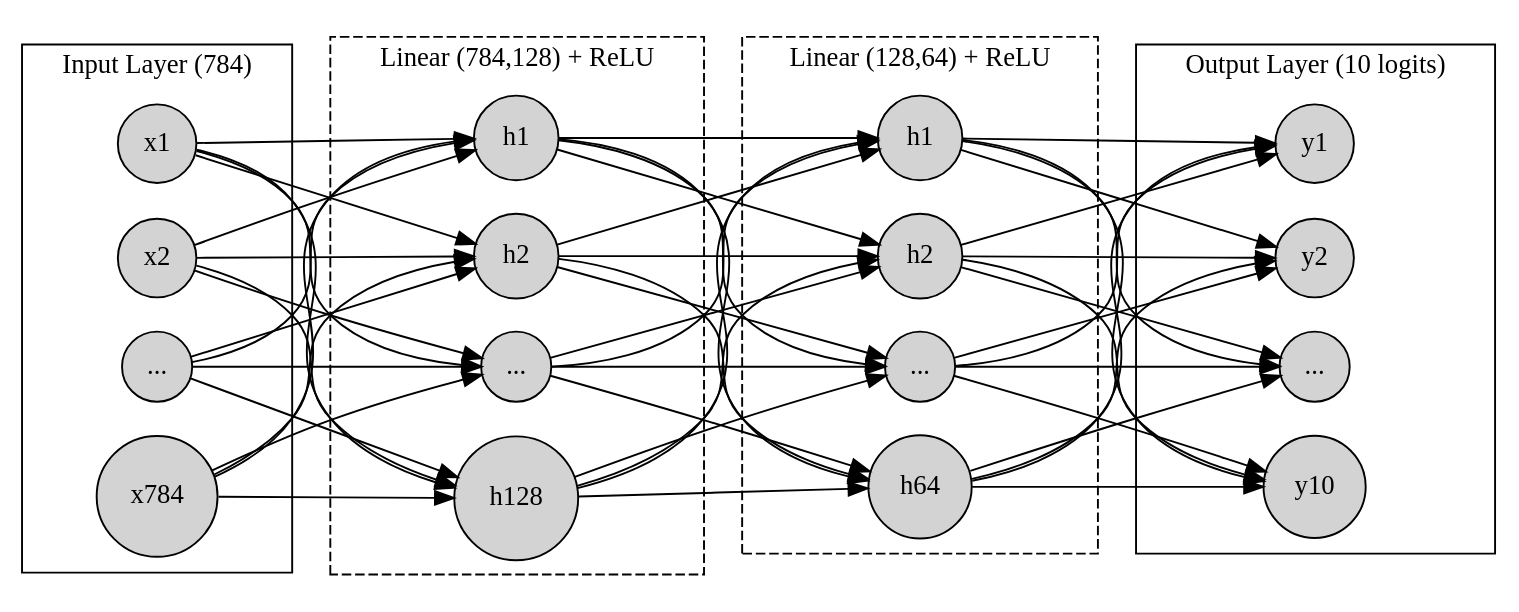
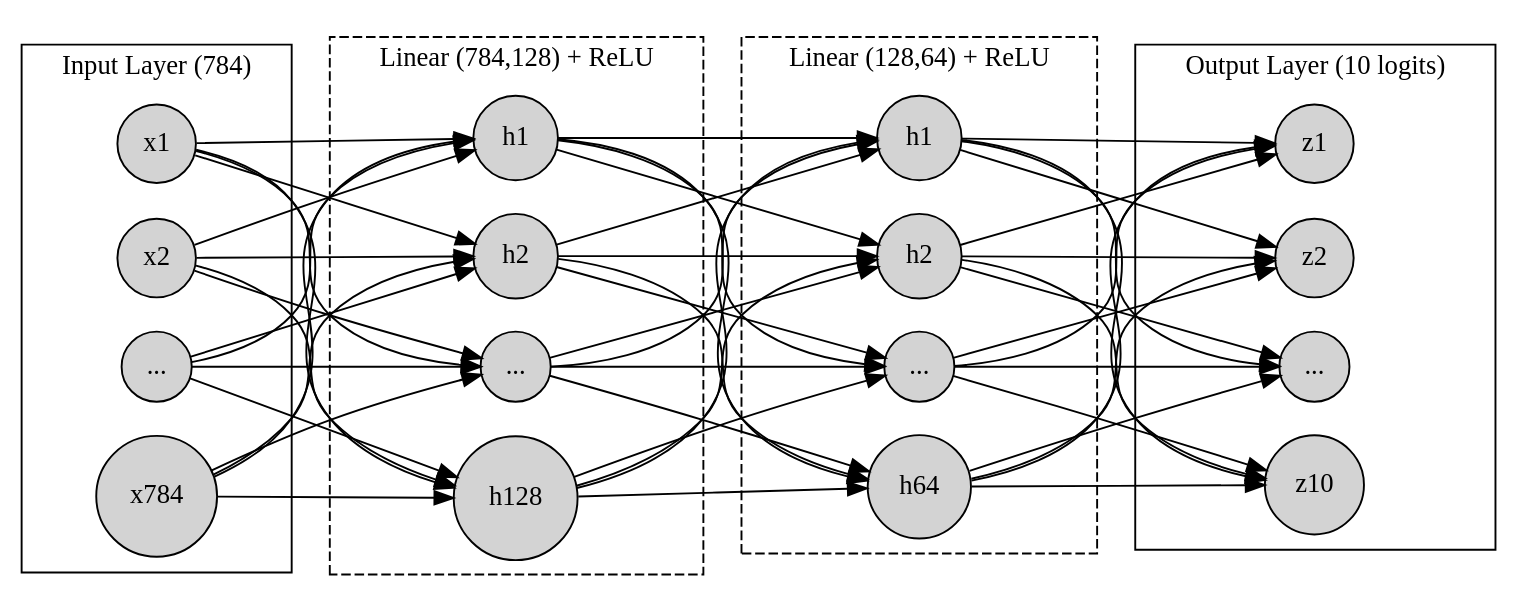
The diagram in presentations/02/figures/nnStructure.dot (SchwaigerL/nc), drawn with Graphviz before and after one commit. The commit also changed 2 other files, not shown here.

```diff
--- a/presentations/02/figures/nnStructure.dot
+++ b/presentations/02/figures/nnStructure.dot
@@ -1,90 +1,90 @@
 // Run this shit via: dot -Tpng -Gdpi=300 nnStructure.dot -o mlp.png
 
 digraph MLP {
     rankdir=LR;
     node [shape=circle style=filled fillcolor=lightgray fontname="CMU Serif"];
     subgraph clusterInput {
         label="Input Layer (784)";
         x1 [label="x1"];
         x2 [label="x2"];
         xDots [label="..."];
         x784 [label="x784"];
     }
     subgraph clusterHidden1 {
         label="Linear (784,128) + ReLU";
         style=dashed;
         h1_1 [label="h1"];
         h1_2 [label="h2"];
         h1Dots [label="..."];
         h1_128 [label="h128"];
     }
     subgraph clusterHidden2 {
         label="Linear (128,64) + ReLU";
         style=dashed;
         h2_1 [label="h1"];
         h2_2 [label="h2"];
         h2Dots [label="..."];
         h2_64 [label="h64"];
     }
     subgraph clusterOutput {
         label="Output Layer (10 logits)";
-        y1 [label="y1"];
-        y2 [label="y2"];
-        yDots [label="..."];
-        y10 [label="y10"];
+        z1 [label="z1"];
+        z2 [label="z2"];
+        zDots [label="..."];
+        z10 [label="z10"];
     }
 
     //Input Layer -> Hidden Layer 1
     x1 -> h1_1;
     x1 -> h1_2;
     x1 -> h1Dots;
     x1 -> h1_128;
     x2 -> h1_1;
     x2 -> h1_2;
     x2 -> h1Dots;
     x2 -> h1_128;
     xDots -> h1_1;
     xDots -> h1_2;
     xDots -> h1Dots;
     xDots -> h1_128;
     x784 -> h1_1;
     x784 -> h1_2;
     x784 -> h1Dots;
     x784 -> h1_128;
 
     //Hidden Layer 1 -> Hidden Layer 2
     h1_1 -> h2_1;
     h1_1 -> h2_2;
     h1_1 -> h2Dots;
     h1_1 -> h2_64;
     h1_2 -> h2_1;
     h1_2 -> h2_2;
     h1_2 -> h2Dots;
     h1_2 -> h2_64;
     h1Dots -> h2_1;
     h1Dots -> h2_2;
     h1Dots -> h2Dots;
     h1Dots -> h2_64;
     h1_128 -> h2_1;
     h1_128 -> h2_2;
     h1_128 -> h2Dots;
     h1_128 -> h2_64;
 
     //Hidden Layer 2 -> Output
-    h2_1 -> y1;
-    h2_1 -> y2;
-    h2_1 -> yDots;
-    h2_1 -> y10;
-    h2_2 -> y1;
-    h2_2 -> y2;
-    h2_2 -> yDots;
-    h2_2 -> y10;
-    h2Dots -> y1;
-    h2Dots -> y2;
-    h2Dots -> yDots;
-    h2Dots -> y10;
-    h2_64 -> y1;
-    h2_64 -> y2;
-    h2_64 -> yDots;
-    h2_64 -> y10;
+    h2_1 -> z1;
+    h2_1 -> z2;
+    h2_1 -> zDots;
+    h2_1 -> z10;
+    h2_2 -> z1;
+    h2_2 -> z2;
+    h2_2 -> zDots;
+    h2_2 -> z10;
+    h2Dots -> z1;
+    h2Dots -> z2;
+    h2Dots -> zDots;
+    h2Dots -> z10;
+    h2_64 -> z1;
+    h2_64 -> z2;
+    h2_64 -> zDots;
+    h2_64 -> z10;
 }
```
